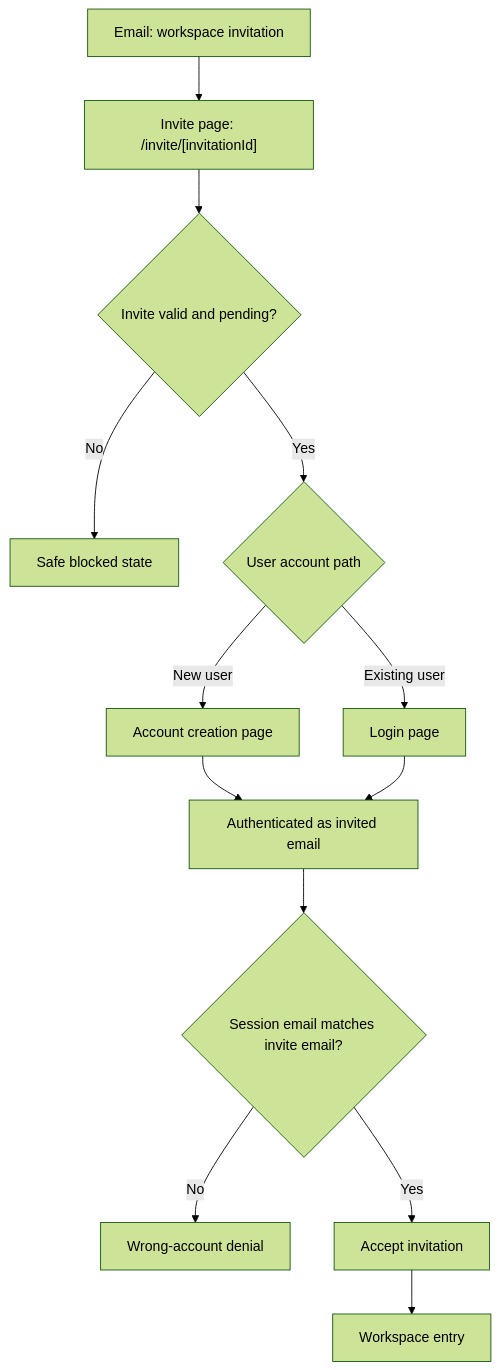
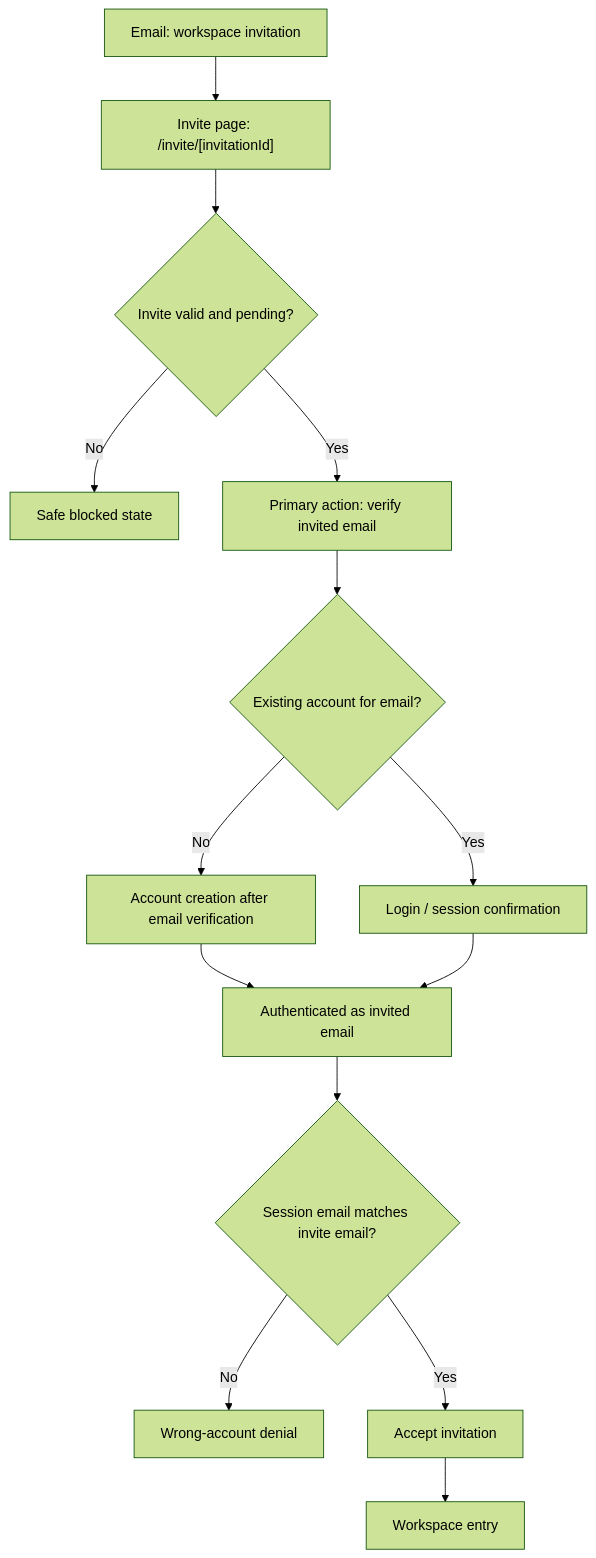
One commit to mcso0/emr-app-shell-prototype changed the diagram in docs/design/flows/invite-acceptance-account-onboarding-flow.md. Above: the diagram before and after it, drawn with Mermaid (forest theme). The commit also changed other lines of this file and 74 other files, not shown here.

````diff
--- a/docs/design/flows/invite-acceptance-account-onboarding-flow.md
+++ b/docs/design/flows/invite-acceptance-account-onboarding-flow.md
@@ -49,15 +47,16 @@
 ```mermaid
 flowchart TD
   A["Email: workspace invitation"] --> B["Invite page: /invite/[invitationId]"]
   B --> C{"Invite valid and pending?"}
   C -- "No" --> D["Safe blocked state"]
-  C -- "Yes" --> E{"User account path"}
-  E -- "New user" --> F["Account creation page"]
-  E -- "Existing user" --> G["Login page"]
-  F --> H["Authenticated as invited email"]
-  G --> H
-  H --> I{"Session email matches invite email?"}
-  I -- "No" --> J["Wrong-account denial"]
-  I -- "Yes" --> K["Accept invitation"]
-  K --> L["Workspace entry"]
+  C -- "Yes" --> E["Primary action: verify invited email"]
+  E --> F{"Existing account for email?"}
+  F -- "No" --> G["Account creation after email verification"]
+  F -- "Yes" --> H["Login / session confirmation"]
+  G --> I["Authenticated as invited email"]
+  H --> I
+  I --> J{"Session email matches invite email?"}
+  J -- "No" --> K["Wrong-account denial"]
+  J -- "Yes" --> L["Accept invitation"]
+  L --> M["Workspace entry"]
 ```
````
